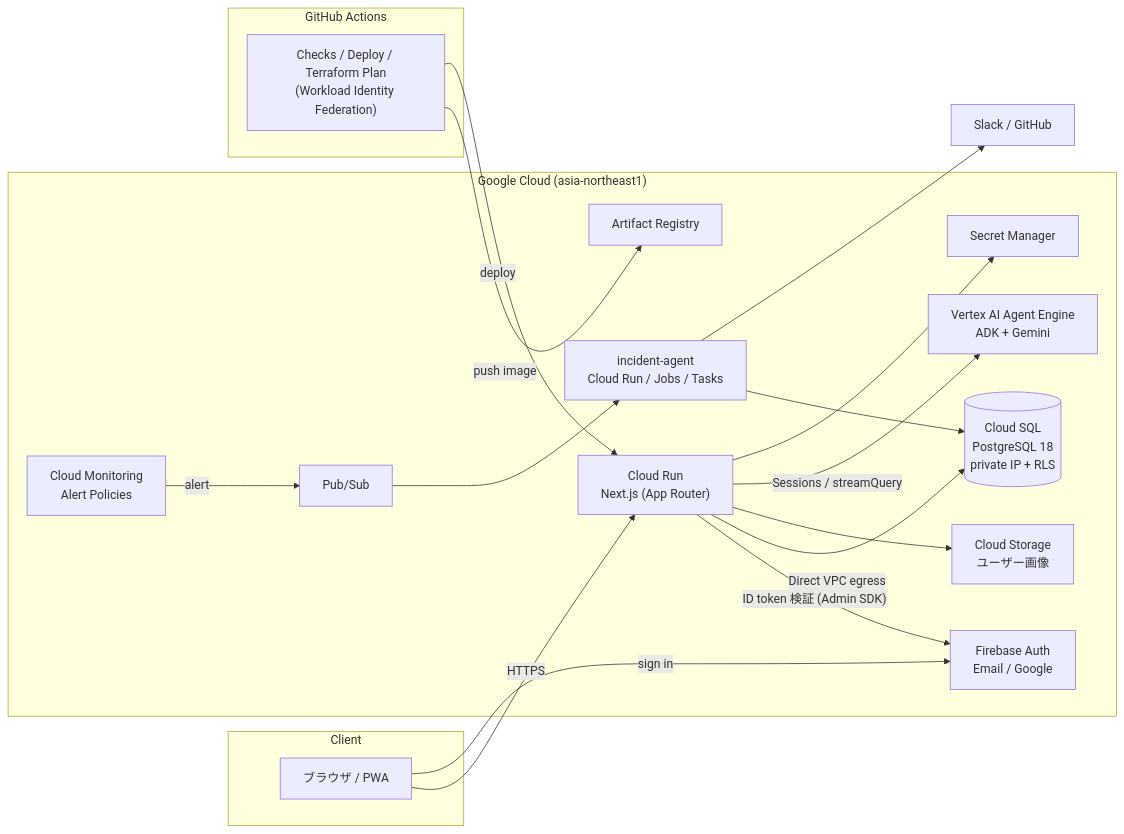
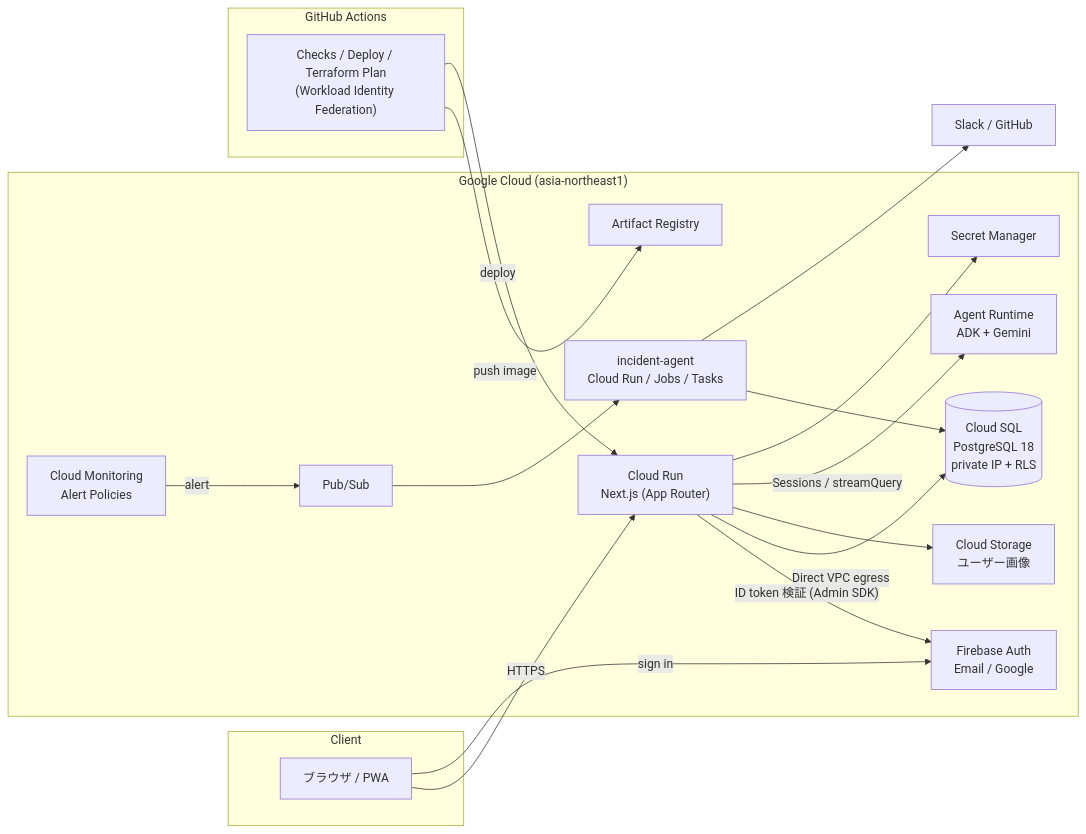
Before and after one commit to protofield-labs/mogu: the first of 2 diagrams in README.md, drawn with Mermaid. The commit also changed other lines of this file and 1 other file, not shown here.

````diff
--- a/README.md
+++ b/README.md
@@ -9,37 +9,37 @@
 ```mermaid
 flowchart LR
     subgraph Client
         U["ブラウザ / PWA"]
     end
 
     subgraph GoogleCloud["Google Cloud (asia-northeast1)"]
         CR["Cloud Run<br/>Next.js (App Router)"]
         SQL[("Cloud SQL<br/>PostgreSQL 18<br/>private IP + RLS")]
         GCS["Cloud Storage<br/>ユーザー画像"]
-        VAI["Vertex AI Agent Engine<br/>ADK + Gemini"]
+        VAI["Agent Runtime<br/>ADK + Gemini"]
         SM["Secret Manager"]
         FB["Firebase Auth<br/>Email / Google"]
         AR["Artifact Registry"]
         MON["Cloud Monitoring<br/>Alert Policies"]
         PS["Pub/Sub"]
         IA["incident-agent<br/>Cloud Run / Jobs / Tasks"]
     end
 
     subgraph CI["GitHub Actions"]
         GA["Checks / Deploy / Terraform Plan<br/>(Workload Identity Federation)"]
     end
 
     U -- HTTPS --> CR
     U -- sign in --> FB
     CR -- "ID token 検証 (Admin SDK)" --> FB
     CR -- "Direct VPC egress" --> SQL
     CR --> GCS
     CR -- "Sessions / streamQuery" --> VAI
     CR --> SM
     GA -- push image --> AR
     GA -- deploy --> CR
     MON -- alert --> PS
     PS --> IA
     IA --> SQL
     IA --> SLK["Slack / GitHub"]
 ```
````
